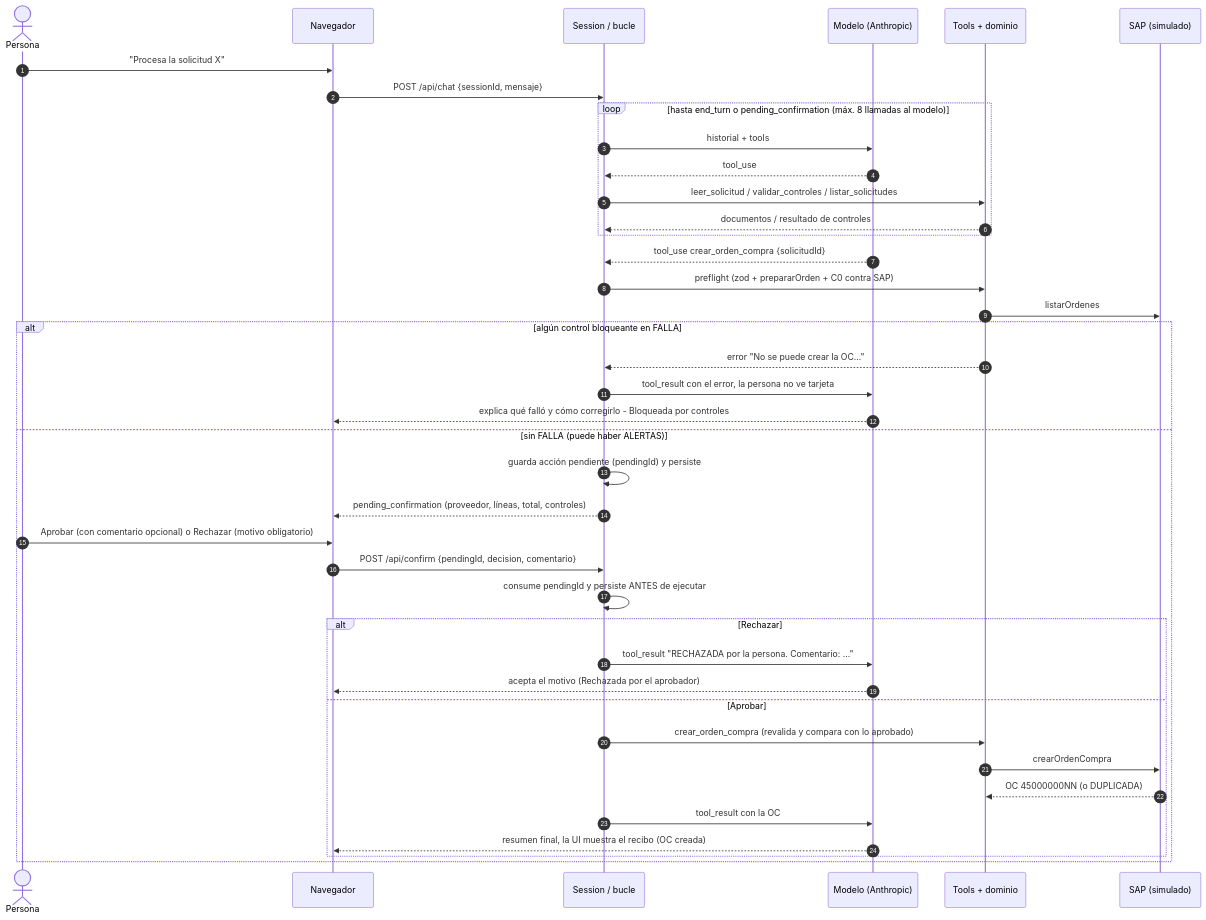
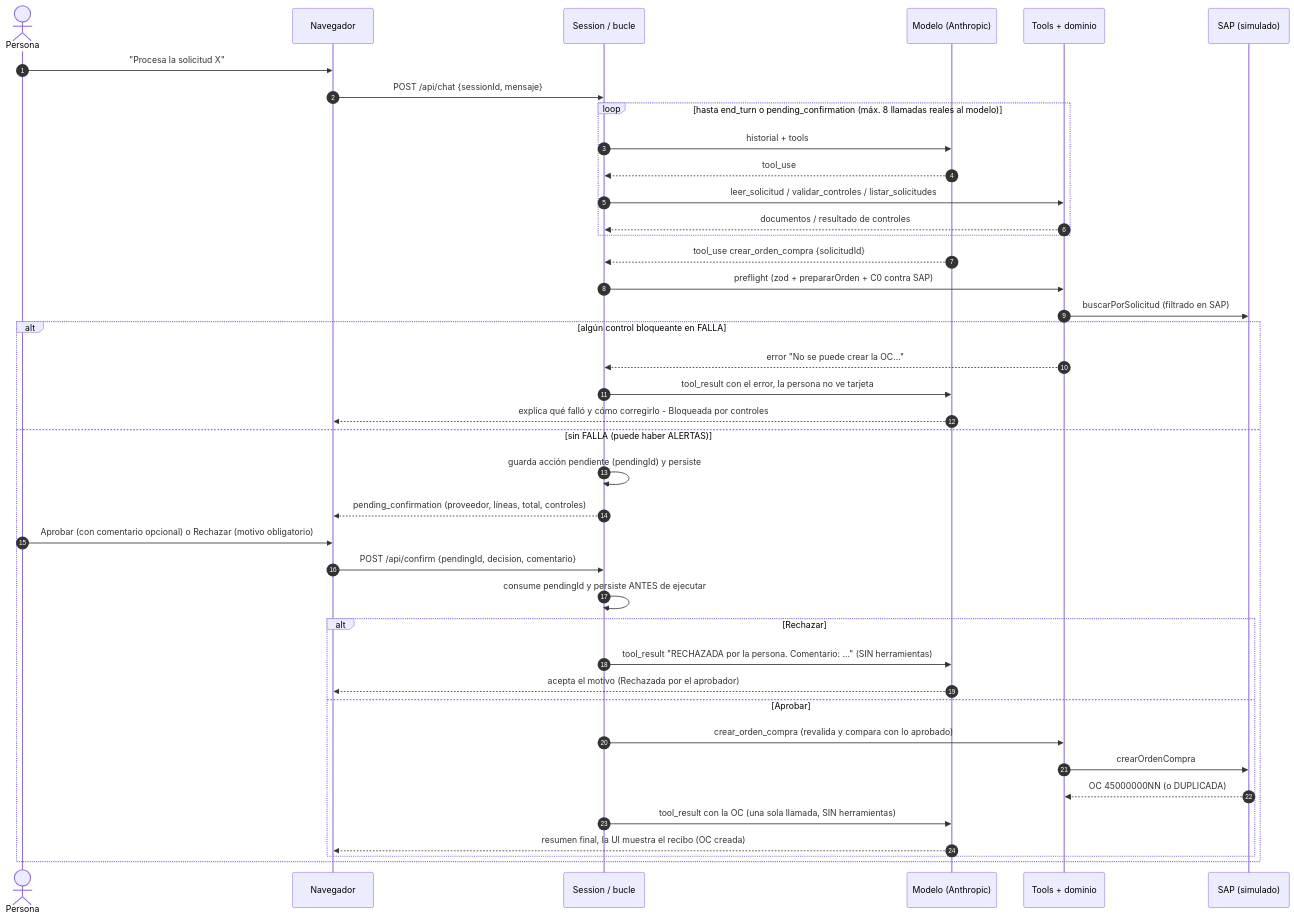
The second of 2 diagrams in SOLUCION.md (JuanColoradoV/reto-03-agente-oc), drawn with Mermaid before and after one commit. The commit also changed other lines of this file and 45 other files, not shown here.

````diff
--- a/SOLUCION.md
+++ b/SOLUCION.md
@@ -45,43 +52,43 @@
 ```mermaid
 sequenceDiagram
   autonumber
   actor U as Persona
   participant UI as Navegador
   participant S as Session / bucle
   participant M as Modelo (Anthropic)
   participant T as Tools + dominio
   participant SAP as SAP (simulado)
 
   U->>UI: "Procesa la solicitud X"
   UI->>S: POST /api/chat {sessionId, mensaje}
-  loop hasta end_turn o pending_confirmation (máx. 8 llamadas al modelo)
+  loop hasta end_turn o pending_confirmation (máx. 8 llamadas reales al modelo)
     S->>M: historial + tools
     M-->>S: tool_use
     S->>T: leer_solicitud / validar_controles / listar_solicitudes
     T-->>S: documentos / resultado de controles
   end
   M-->>S: tool_use crear_orden_compra {solicitudId}
   S->>T: preflight (zod + prepararOrden + C0 contra SAP)
-  T->>SAP: listarOrdenes
+  T->>SAP: buscarPorSolicitud (filtrado en SAP)
   alt algún control bloqueante en FALLA
     T-->>S: error "No se puede crear la OC..."
     S->>M: tool_result con el error, la persona no ve tarjeta
     M-->>UI: explica qué falló y cómo corregirlo - Bloqueada por controles
   else sin FALLA (puede haber ALERTAS)
     S->>S: guarda acción pendiente (pendingId) y persiste
     S-->>UI: pending_confirmation (proveedor, líneas, total, controles)
     U->>UI: Aprobar (con comentario opcional) o Rechazar (motivo obligatorio)
     UI->>S: POST /api/confirm {pendingId, decision, comentario}
     S->>S: consume pendingId y persiste ANTES de ejecutar
     alt Rechazar
-      S->>M: tool_result "RECHAZADA por la persona. Comentario: ..."
+      S->>M: tool_result "RECHAZADA por la persona. Comentario: ..." (SIN herramientas)
       M-->>UI: acepta el motivo (Rechazada por el aprobador)
     else Aprobar
       S->>T: crear_orden_compra (revalida y compara con lo aprobado)
       T->>SAP: crearOrdenCompra
       SAP-->>T: OC 45000000NN (o DUPLICADA)
-      S->>M: tool_result con la OC
+      S->>M: tool_result con la OC (una sola llamada, SIN herramientas)
       M-->>UI: resumen final, la UI muestra el recibo (OC creada)
     end
   end
 ```
````
